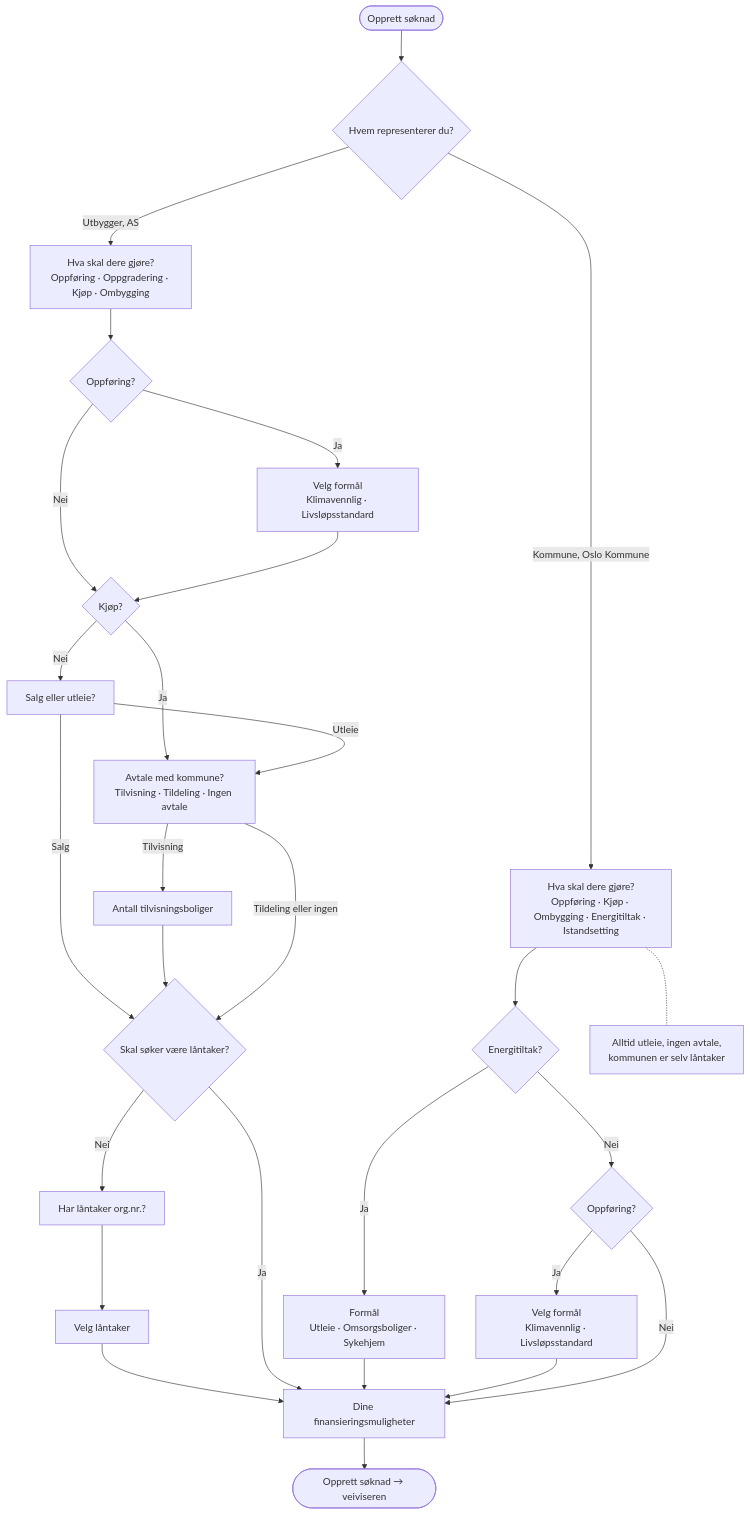
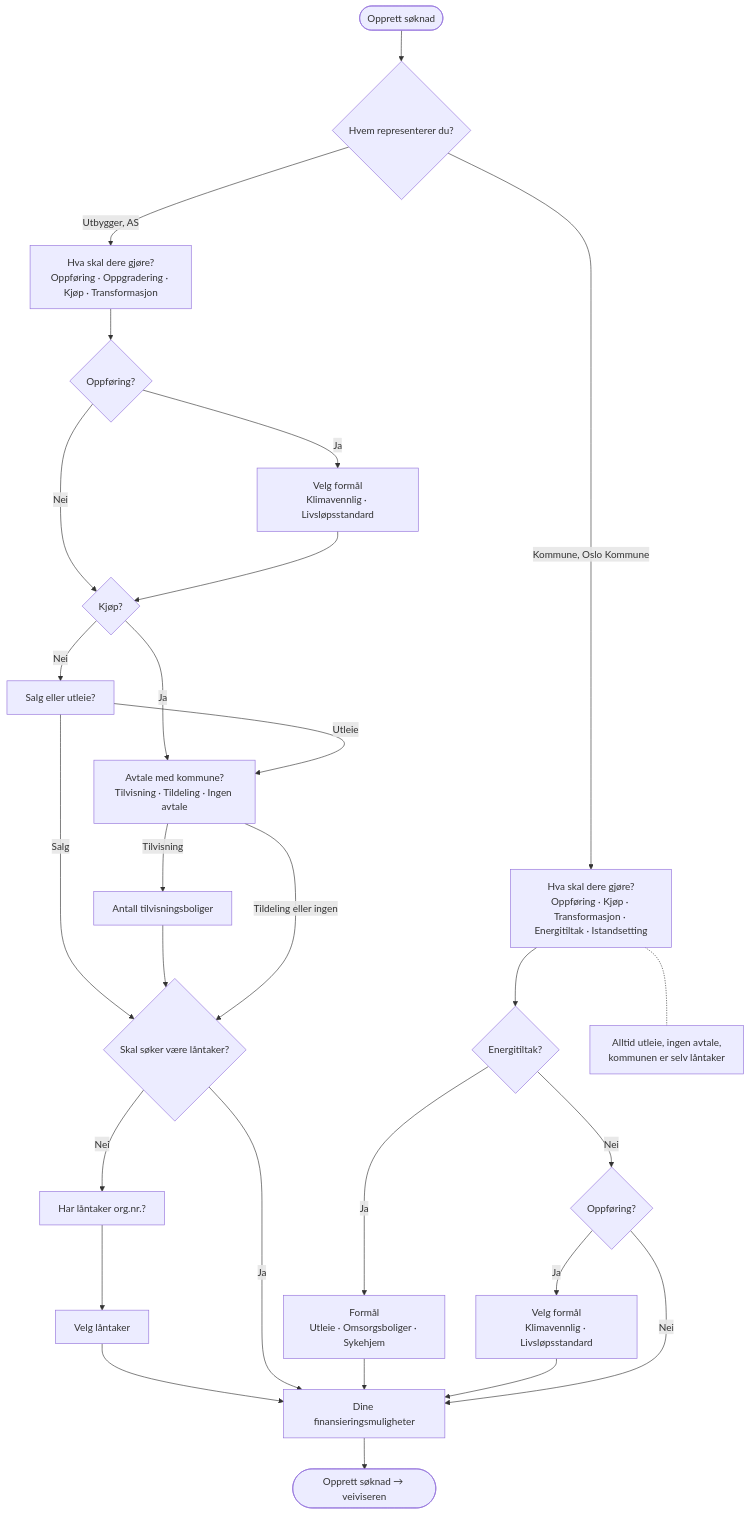
Before and after one commit to Pettersommerseth1994/husbanken: the second of 6 diagrams in grunnlan-esoknad/FLYTER.md, drawn with Mermaid. The commit also changed other lines of this file and 5 other files, not shown here.

````diff
--- a/grunnlan-esoknad/FLYTER.md
+++ b/grunnlan-esoknad/FLYTER.md
@@ -27,28 +27,28 @@
 ```mermaid
 flowchart TD
   S([Opprett søknad]) --> T{Hvem representerer du?}
-  T -->|Utbygger, AS| U1[Hva skal dere gjøre?<br/>Oppføring · Oppgradering · Kjøp · Ombygging]
-  T -->|Kommune, Oslo Kommune| K1[Hva skal dere gjøre?<br/>Oppføring · Kjøp · Ombygging · Energitiltak · Istandsetting]
+  T -->|Utbygger, AS| U1[Hva skal dere gjøre?<br/>Oppføring · Oppgradering · Kjøp · Transformasjon]
+  T -->|Kommune, Oslo Kommune| K1[Hva skal dere gjøre?<br/>Oppføring · Kjøp · Transformasjon · Energitiltak · Istandsetting]
 
   U1 --> UL{Oppføring?}
   UL -->|Ja| UL1[Velg formål<br/>Klimavennlig · Livsløpsstandard]
   UL -->|Nei| UF
   UL1 --> UF{Kjøp?}
   UF -->|Nei| UF1[Salg eller utleie?]
   UF -->|Ja| UA
   UF1 -->|Utleie| UA[Avtale med kommune?<br/>Tilvisning · Tildeling · Ingen avtale]
   UF1 -->|Salg| UB
   UA -->|Tilvisning| UA1[Antall tilvisningsboliger] --> UB
   UA -->|Tildeling eller ingen| UB{Skal søker være låntaker?}
   UB -->|Nei| UB1[Har låntaker org.nr.?] --> UB2[Velg låntaker] --> P
   UB -->|Ja| P
 
   K1 --> KE{Energitiltak?}
   KE -->|Ja| KE1[Formål<br/>Utleie · Omsorgsboliger · Sykehjem] --> P
   KE -->|Nei| KO{Oppføring?}
   KO -->|Ja| KO1[Velg formål<br/>Klimavennlig · Livsløpsstandard] --> P
   KO -->|Nei| P
   K1 -.- KN[Alltid utleie, ingen avtale,<br/>kommunen er selv låntaker]
 
   P[Dine finansieringsmuligheter] --> R([Opprett søknad → veiviseren])
 ```
````
